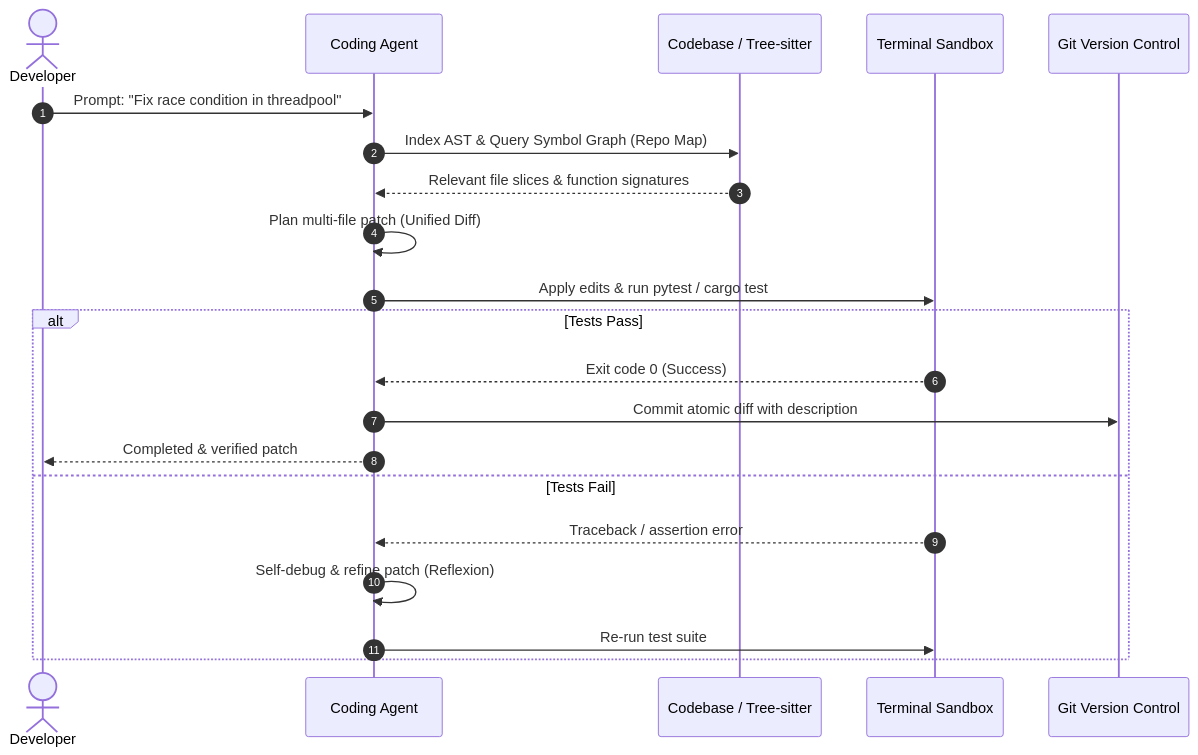
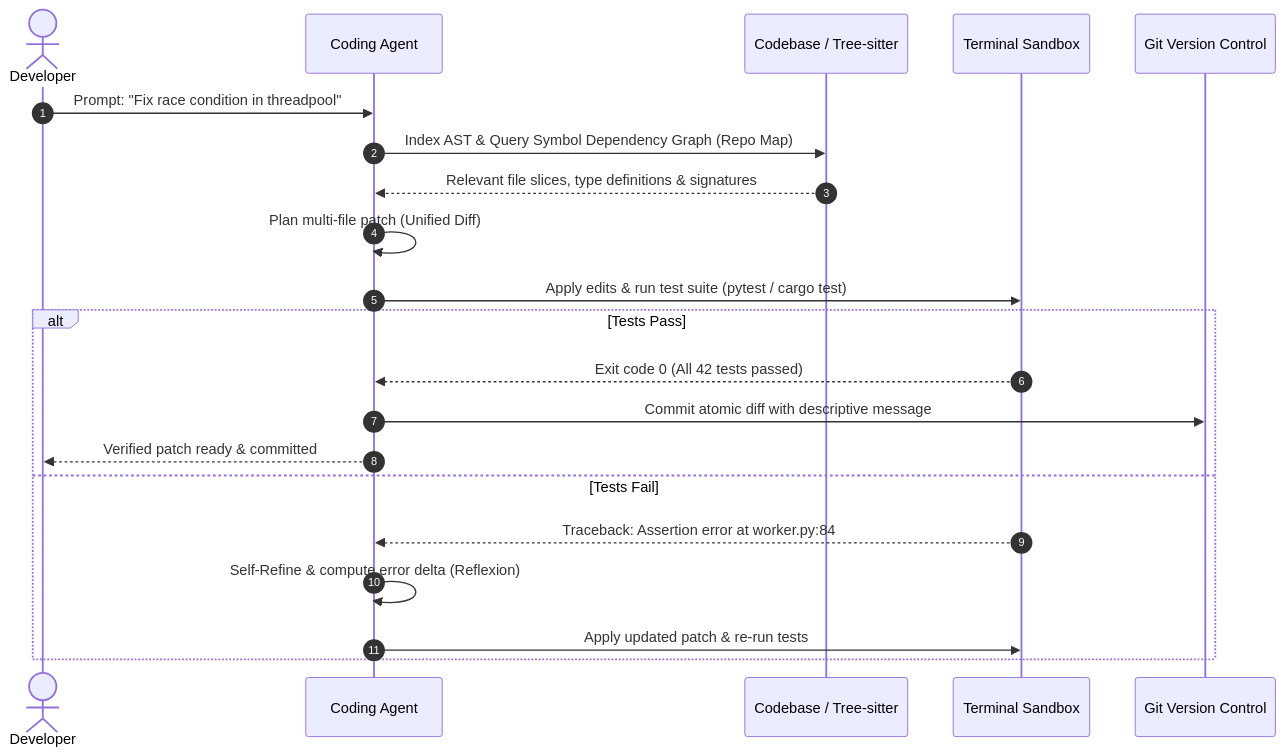
One commit to mahmoudsajjadi/awesome-ai-coding-tools changed the third of 5 diagrams in README.md. Above: the diagram before and after it, drawn with Mermaid. The commit also changed other lines of this file, not shown here.

Commit message:
feat: add system taxonomy diagram, AST PageRank retrieval flowchart, benchmark leaderboard, and BibTeX citations

````diff
--- a/README.md
+++ b/README.md
@@ -42,24 +98,24 @@
 ```mermaid
 sequenceDiagram
     autonumber
     actor Dev as Developer
     participant Agent as Coding Agent
     participant Repo as Codebase / Tree-sitter
     participant Shell as Terminal Sandbox
     participant Git as Git Version Control
 
     Dev->>Agent: Prompt: "Fix race condition in threadpool"
-    Agent->>Repo: Index AST & Query Symbol Graph (Repo Map)
-    Repo-->>Agent: Relevant file slices & function signatures
+    Agent->>Repo: Index AST & Query Symbol Dependency Graph (Repo Map)
+    Repo-->>Agent: Relevant file slices, type definitions & signatures
     Agent->>Agent: Plan multi-file patch (Unified Diff)
-    Agent->>Shell: Apply edits & run pytest / cargo test
+    Agent->>Shell: Apply edits & run test suite (pytest / cargo test)
     alt Tests Pass
-        Shell-->>Agent: Exit code 0 (Success)
-        Agent->>Git: Commit atomic diff with description
-        Agent-->>Dev: Completed & verified patch
+        Shell-->>Agent: Exit code 0 (All 42 tests passed)
+        Agent->>Git: Commit atomic diff with descriptive message
+        Agent-->>Dev: Verified patch ready & committed
     else Tests Fail
-        Shell-->>Agent: Traceback / assertion error
-        Agent->>Agent: Self-debug & refine patch (Reflexion)
-        Agent->>Shell: Re-run test suite
+        Shell-->>Agent: Traceback: Assertion error at worker.py:84
+        Agent->>Agent: Self-Refine & compute error delta (Reflexion)
+        Agent->>Shell: Apply updated patch & re-run tests
     end
 ```
````
